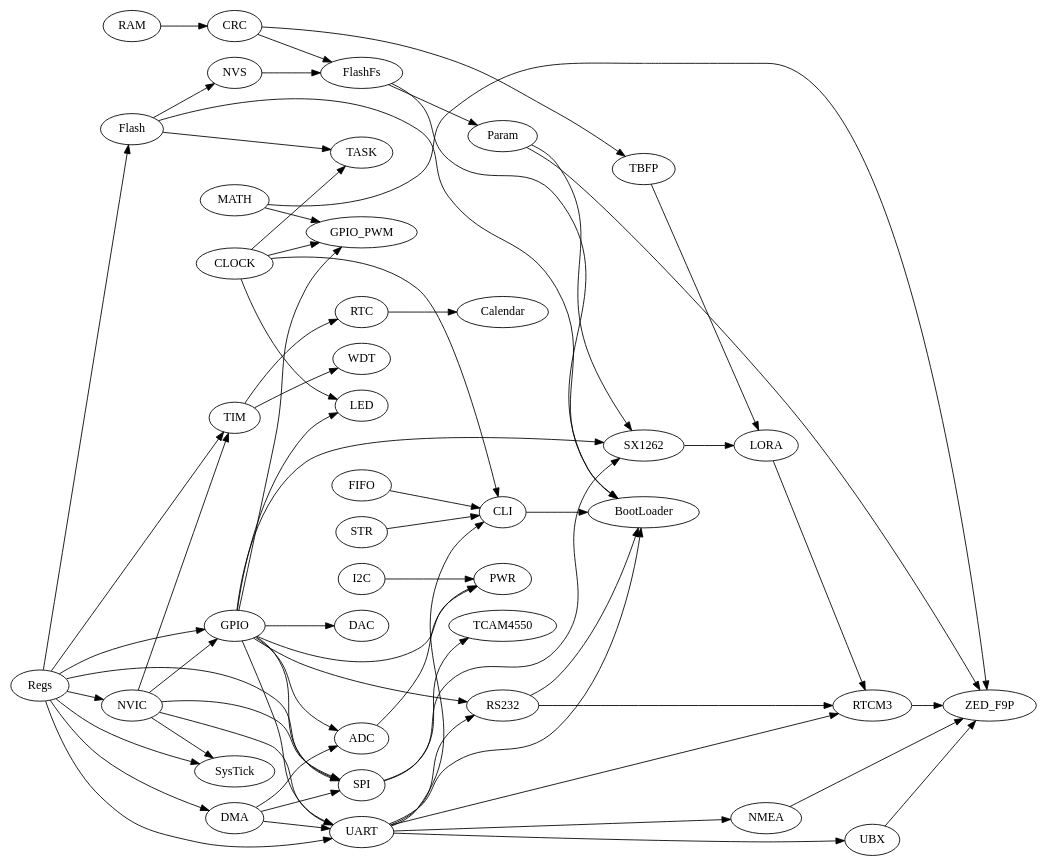
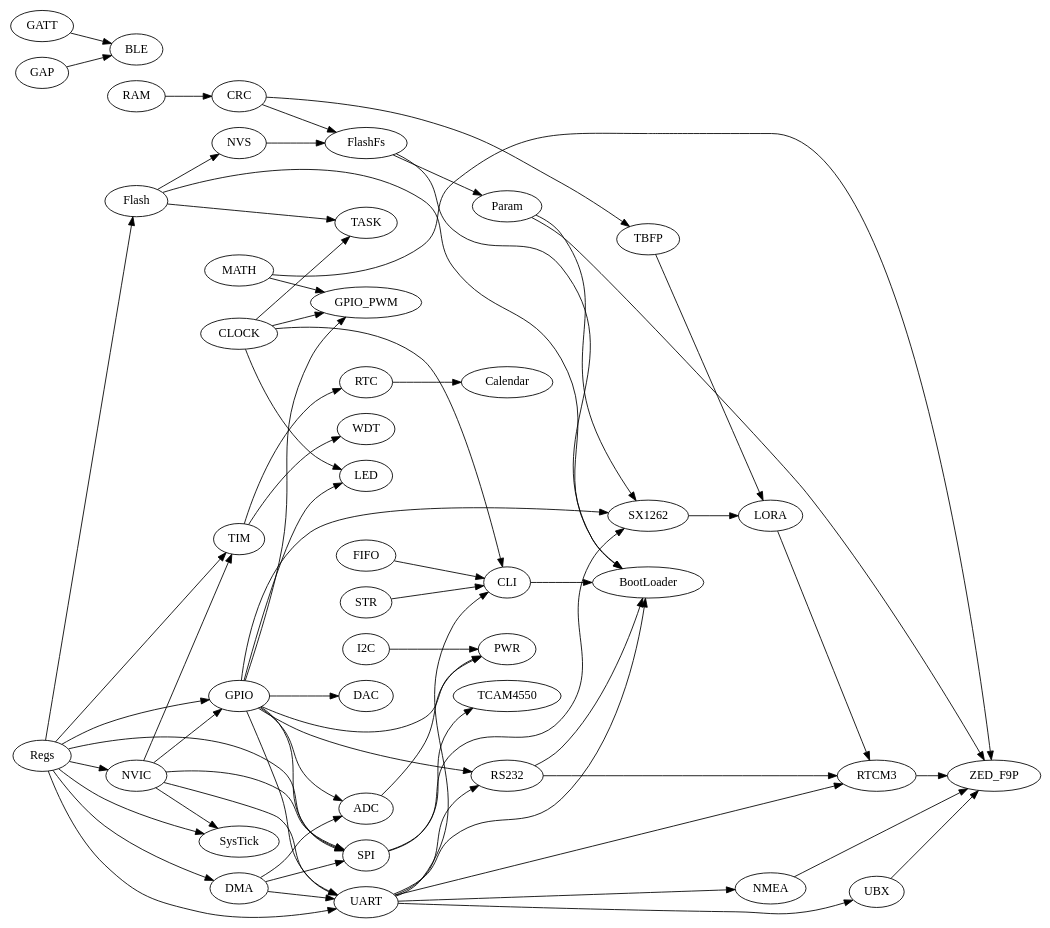
The diagram in docs/dependencies.dot (aabzel/ti_mcu_code_base), drawn with Graphviz before and after one commit. The commit also changed 7 other files, not shown here.

```diff
--- a/docs/dependencies.dot
+++ b/docs/dependencies.dot
@@ -1,69 +1,71 @@
 digraph graphname {
     rankdir=LR;
     CLOCK->CLI;
     CLOCK->GPIO_PWM
     CLOCK->LED;
     CLOCK->TASK;
     Flash->TASK;
     CRC->FlashFs;
     CRC -> TBFP;
     DMA->SPI;
+	GATT->BLE;
+	GAP->BLE;
     DMA->UART;
     DMA->ADC;
     FIFO->CLI;
     Flash->NVS;
     FlashFs->Param;
     GPIO->SPI;
     GPIO->UART;
     GPIO->ADC;
     GPIO->DAC;
     GPIO->GPIO_PWM;
     GPIO->LED;
     GPIO->PWR;
 	ADC->PWR;
     GPIO->RS232;
     GPIO->SX1262;
     I2C->PWR;
     LORA->RTCM3;
     MATH->GPIO_PWM;
     MATH->ZED_F9P;
     NMEA->ZED_F9P;
     NVIC->SPI;
     NVIC->UART;
     NVIC->SysTick;
     NVIC->TIM;
     NVIC->GPIO;
     NVS->FlashFs;
     Param->SX1262;
     Param->ZED_F9P;
     RAM->CRC;
     RS232->RTCM3;
     RTC->Calendar;
     RTCM3->ZED_F9P;
     Regs->SPI;
     Regs->UART;
     Regs->DMA;
     Regs->Flash;
     Regs->GPIO;
     Regs->NVIC;
     Regs->SysTick;
     Regs->TIM;
     SPI->SX1262;
     SPI->TCAM4550;
     STR->CLI;
     SX1262->LORA;
     TBFP->LORA;
     TIM->RTC;
     TIM->WDT;
     Flash->BootLoader;
     UART->BootLoader;
     FlashFs->BootLoader;
     CLI->BootLoader;
     RS232->BootLoader;
     UART->CLI;
     UART->NMEA;
     UART->RS232;
     UART->RTCM3;
     UART->UBX;
     UBX->ZED_F9P;
 }
```
